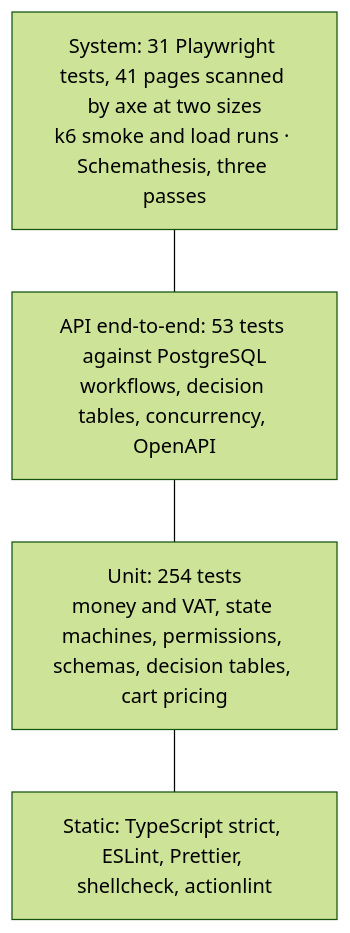
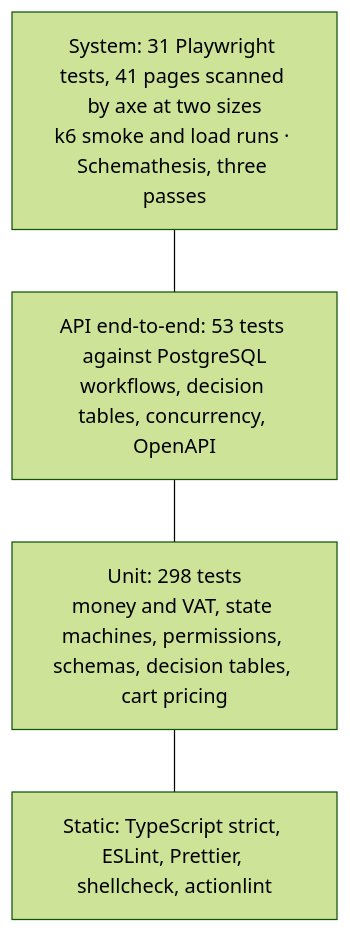
Before and after one commit to fasharif/topflow: the diagram in docs/testing/TEST-PLAN.md, drawn with Mermaid (forest theme). The commit also changed other lines of this file and 4 other files, not shown here.

````diff
--- a/docs/testing/TEST-PLAN.md
+++ b/docs/testing/TEST-PLAN.md
@@ -60,8 +60,8 @@
 ```mermaid
 flowchart TB
   SYS["System: 31 Playwright tests, 41 pages scanned by axe at two sizes<br/>k6 smoke and load runs · Schemathesis, three passes"]
   E2E["API end-to-end: 53 tests against PostgreSQL<br/>workflows, decision tables, concurrency, OpenAPI"]
-  UNIT["Unit: 254 tests<br/>money and VAT, state machines, permissions, schemas, decision tables, cart pricing"]
+  UNIT["Unit: 298 tests<br/>money and VAT, state machines, permissions, schemas, decision tables, cart pricing"]
   STATIC["Static: TypeScript strict, ESLint, Prettier, shellcheck, actionlint"]
   SYS --- E2E --- UNIT --- STATIC
 ```
````
